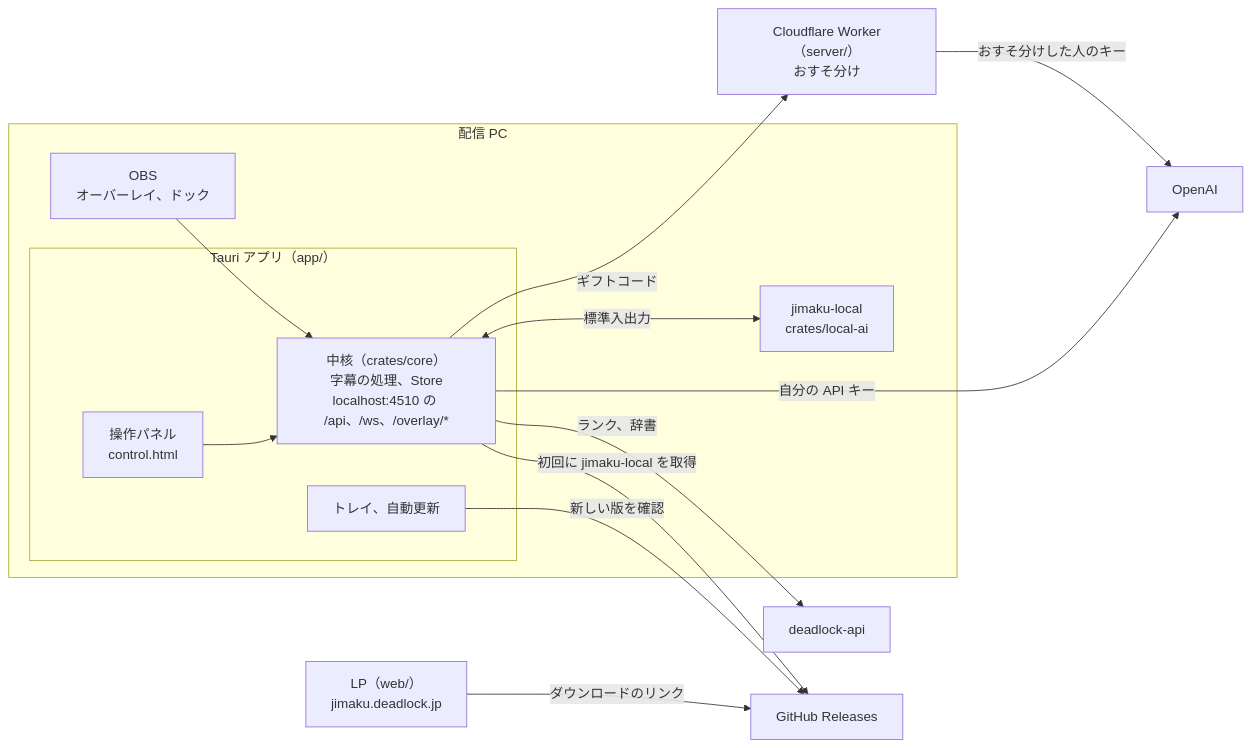
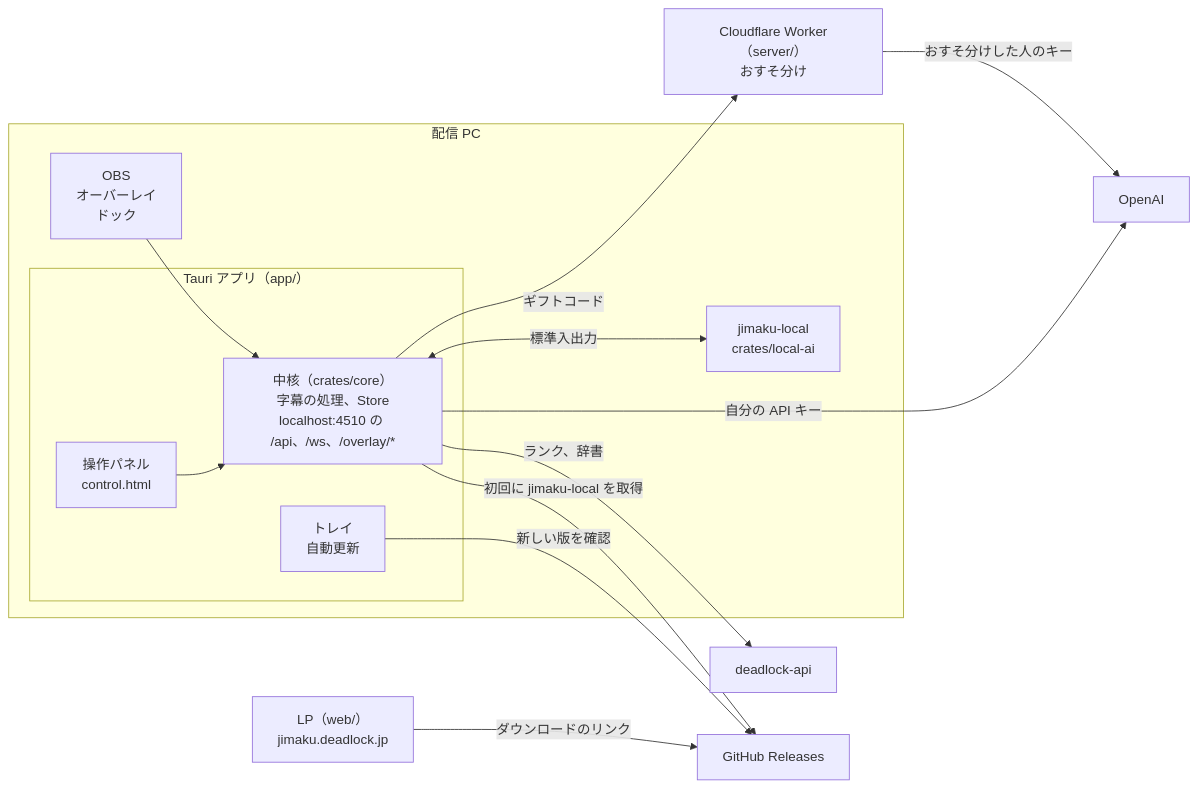
The first of 4 diagrams in README.md (Chiji1108/deadlock-jimaku), drawn with Mermaid before and after one commit. The commit also changed other lines of this file, not shown here.

Commit message:
README の図の文字が途中で折れないようにする

````diff
--- a/README.md
+++ b/README.md
@@ -33,28 +33,28 @@
 ```mermaid
 flowchart LR
   subgraph pc["配信 PC"]
-    obs["OBS<br/>オーバーレイ、ドック"]
+    obs["OBS<br/>オーバーレイ<br/>ドック"]
     subgraph app["Tauri アプリ（app/）"]
       panel["操作パネル<br/>control.html"]
       core["中核（crates/core）<br/>字幕の処理、Store<br/>localhost:4510 の /api、/ws、/overlay/*"]
-      shell["トレイ、自動更新"]
+      shell["トレイ<br/>自動更新"]
     end
     helper["jimaku-local<br/>crates/local-ai"]
   end
   worker["Cloudflare Worker（server/）<br/>おすそ分け"]
   openai["OpenAI"]
   deadlockapi["deadlock-api"]
   releases["GitHub Releases"]
   lp["LP（web/）<br/>jimaku.deadlock.jp"]
 
   obs --> core
   panel --> core
   core <-- "標準入出力" --> helper
   core -- "ギフトコード" --> worker
   worker -- "おすそ分けした人のキー" --> openai
   core -- "自分の API キー" --> openai
   core -- "ランク、辞書" --> deadlockapi
   core -- "初回に jimaku-local を取得" --> releases
   shell -- "新しい版を確認" --> releases
   lp -- "ダウンロードのリンク" --> releases
 ```
````
